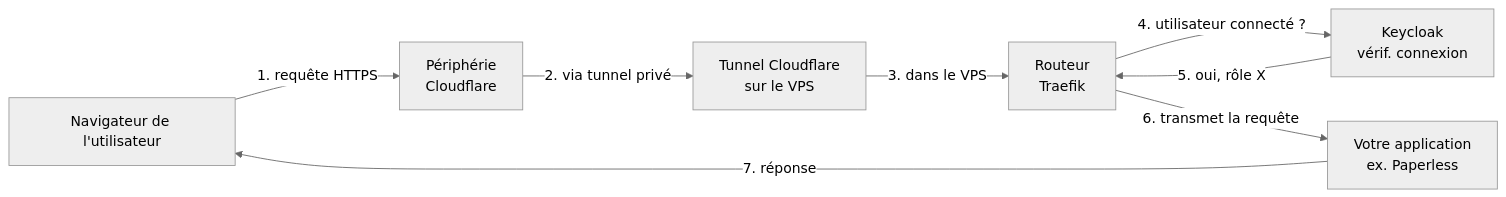
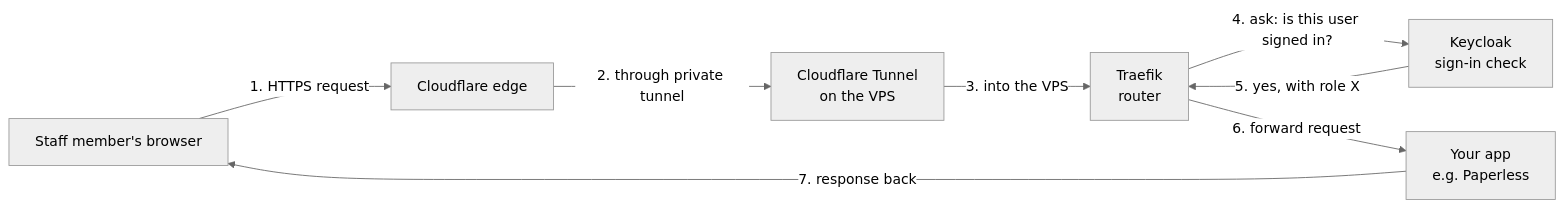
Before and after one commit to catenahq/docs: the first of 2 diagrams in src/content/docs/how-this-stack-works.md, drawn with Mermaid (neutral theme). The commit also changed other lines of this file and 129 other files, not shown here.

````diff
--- a/src/content/docs/how-this-stack-works.md
+++ b/src/content/docs/how-this-stack-works.md
@@ -47,17 +46,17 @@
 ```mermaid
 flowchart LR
-    U[Navigateur de l'utilisateur]
-    CF[Périphérie<br/>Cloudflare]
-    TUN[Tunnel Cloudflare<br/>sur le VPS]
-    T[Routeur<br/>Traefik]
-    A[Keycloak<br/>vérif. connexion]
-    APP[Votre application<br/>ex. Paperless]
+    U[Staff member's browser]
+    CF[Cloudflare edge]
+    TUN[Cloudflare Tunnel<br/>on the VPS]
+    T[Traefik<br/>router]
+    A[Keycloak<br/>sign-in check]
+    APP[Your app<br/>e.g. Paperless]
 
-    U -->|1. requête HTTPS| CF
-    CF -->|2. via tunnel privé| TUN
-    TUN -->|3. dans le VPS| T
-    T -->|4. utilisateur connecté ?| A
-    A -->|5. oui, rôle X| T
-    T -->|6. transmet la requête| APP
-    APP -->|7. réponse| U
+    U -->|1. HTTPS request| CF
+    CF -->|2. through private tunnel| TUN
+    TUN -->|3. into the VPS| T
+    T -->|4. ask: is this user signed in?| A
+    A -->|5. yes, with role X| T
+    T -->|6. forward request| APP
+    APP -->|7. response back| U
 ```
````
